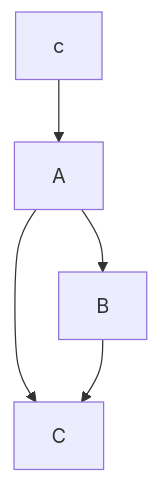
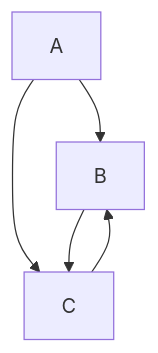
The diagram in README.md (ShotaDeguchi/PINN_Torch), drawn with Mermaid before and after one commit.

````diff
--- a/README.md
+++ b/README.md
@@ -5,7 +5,7 @@
 ```mermaid
   graph TD;
     A-->B;
     A-->C;
     B-->C;
-    c-->A;
+    C-->B;
 ```
````
